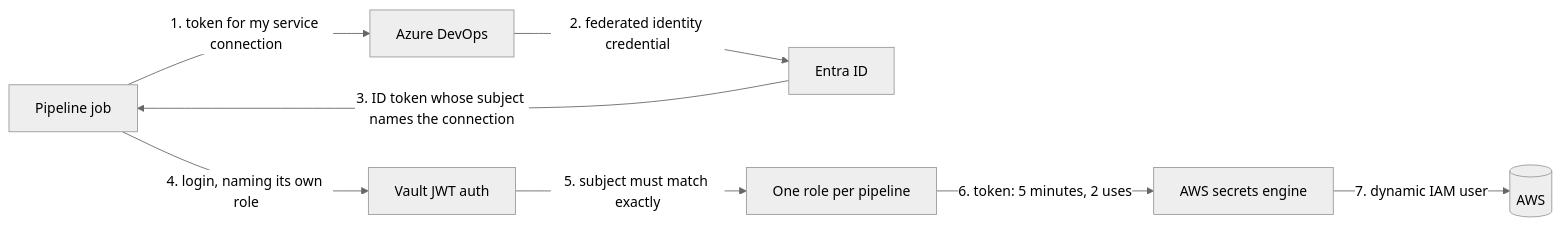
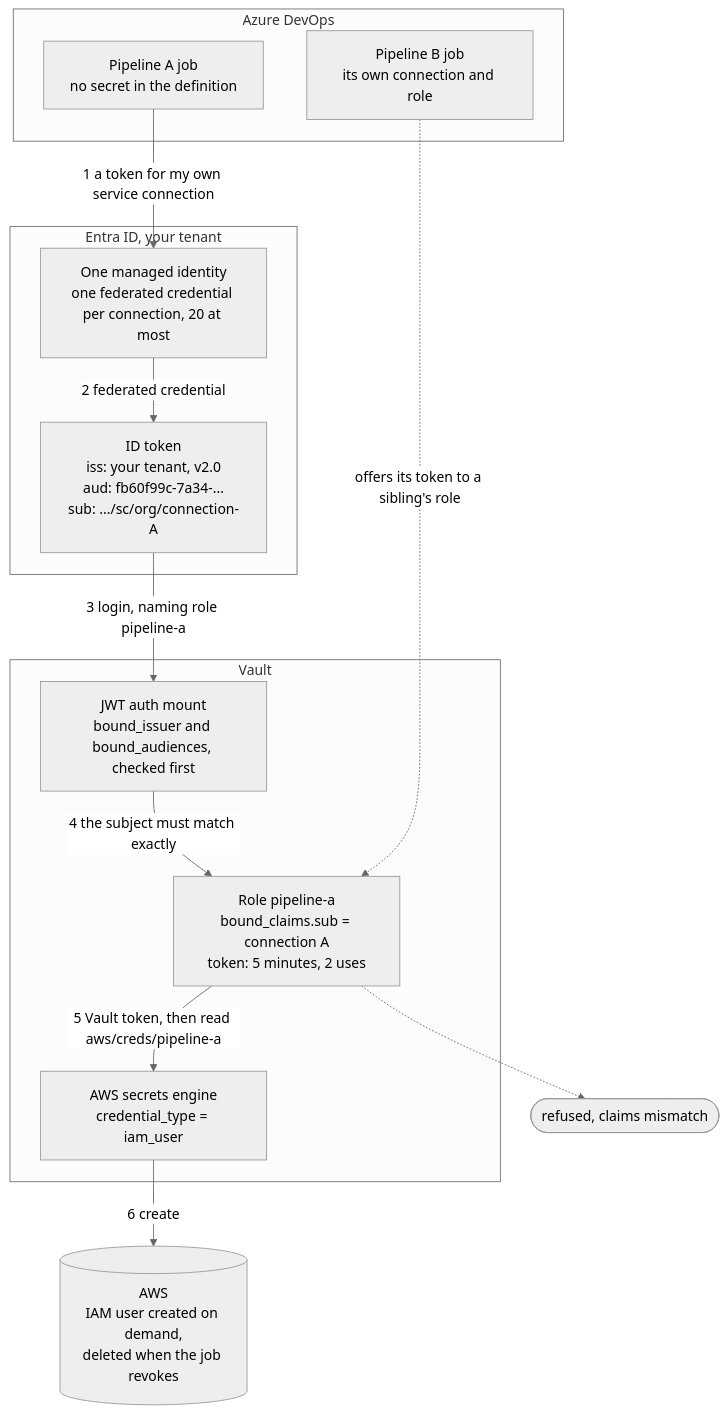
One commit to DarthVaderRC/azdo-oidc-vault changed the first of 2 diagrams in README.md. Above: the diagram before and after it, drawn with Mermaid (neutral theme). The commit also changed other lines of this file, not shown here.

Commit message:
Make the two README diagrams carry the argument
The first was a seven step chain that showed the happy path and nothing
else. It is now top down, grouped by the system that owns each control,
and it names the values that actually do the work: the issuer, the
audience, bound_claims.sub, the token lifetime. Pipeline B is on it too,
offering its token to a sibling's role and being refused, which is the
sentence underneath it and one of the acceptance tests.

The second gains Azure DevOps and Entra, so the whole chain is in one
place rather than starting at the Vault login, plus the eventual
consistency retry and the crash path where the TTL is the backstop.

Top down rather than left to right because an eight node chain is wider
than a README column and would be scaled to illegibility.

````diff
--- a/README.md
+++ b/README.md
@@ -53,10 +53,30 @@
 ```mermaid
-flowchart LR
-  Job["Pipeline job"] -->|"1. token for my service connection"| ADO["Azure DevOps"]
-  ADO -->|"2. federated identity credential"| Entra["Entra ID"]
-  Entra -->|"3. ID token whose subject names the connection"| Job
-  Job -->|"4. login, naming its own role"| Vault["Vault JWT auth"]
-  Vault -->|"5. subject must match exactly"| Role["One role per pipeline"]
-  Role -->|"6. token: 5 minutes, 2 uses"| Engine["AWS secrets engine"]
-  Engine -->|"7. dynamic IAM user"| AWS[("AWS")]
+flowchart TD
+  subgraph ado["Azure DevOps"]
+    A["Pipeline A job<br/>no secret in the definition"]
+    B["Pipeline B job<br/>its own connection and role"]
+  end
+
+  subgraph entra["Entra ID, your tenant"]
+    MI["One managed identity<br/>one federated credential per connection, 20 at most"]
+    T["ID token<br/>iss: your tenant, v2.0<br/>aud: fb60f99c-7a34-...<br/>sub: .../sc/org/connection-A"]
+  end
+
+  subgraph vlt["Vault"]
+    JWT["JWT auth mount<br/>bound_issuer and bound_audiences, checked first"]
+    RA["Role pipeline-a<br/>bound_claims.sub = connection A<br/>token: 5 minutes, 2 uses"]
+    ENG["AWS secrets engine<br/>credential_type = iam_user"]
+  end
+
+  W[("AWS<br/>IAM user created on demand,<br/>deleted when the job revokes")]
+  NO(["refused, claims mismatch"])
+
+  A -->|"1 a token for my own service connection"| MI
+  MI -->|"2 federated credential"| T
+  T -->|"3 login, naming role pipeline-a"| JWT
+  JWT -->|"4 the subject must match exactly"| RA
+  RA -->|"5 Vault token, then read aws/creds/pipeline-a"| ENG
+  ENG -->|"6 create"| W
+  B -.->|"offers its token to a sibling's role"| RA
+  RA -.-> NO
 ```
````
